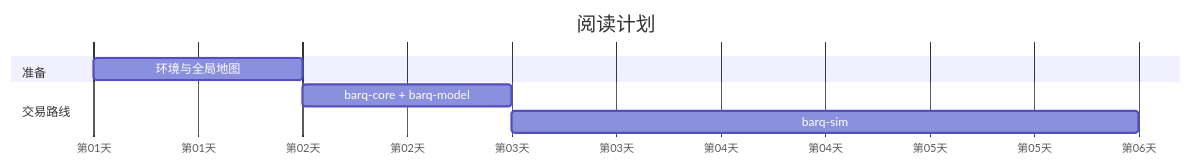
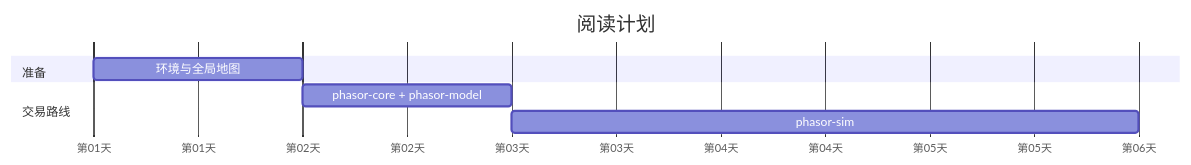
Before and after one commit to nivalume/phasor: the seventh of 7 diagrams in skills/mermaid-diagrams/references/diagram-types.md, drawn with Mermaid. The commit also changed other lines of this file and 431 other files, not shown here.

First line of the commit message:
Rename barq to phasor across the workspace

````diff
--- a/skills/mermaid-diagrams/references/diagram-types.md
+++ b/skills/mermaid-diagrams/references/diagram-types.md
@@ -171,11 +171,11 @@
 ```mermaid
 gantt
   title 阅读计划
   dateFormat  D
   axisFormat  第%d天
   section 准备
   环境与全局地图        :a0, 1, 1d
   section 交易路线
-  barq-core + barq-model :a1, after a0, 1d
-  barq-sim               :a3, after a1, 3d
+  phasor-core + phasor-model :a1, after a0, 1d
+  phasor-sim               :a3, after a1, 3d
 ```
````
